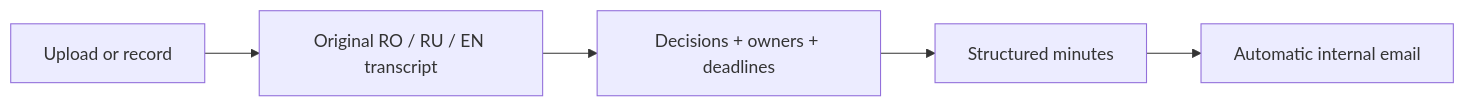
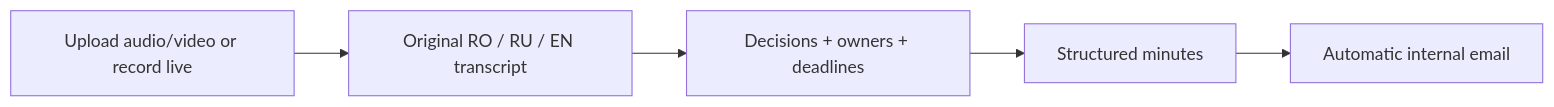
Before and after one commit to Horalix/gigahack_2026: the diagram in hackathon/README.md, drawn with Mermaid. The commit also changed other lines of this file and 7 other files, not shown here.

````diff
--- a/hackathon/README.md
+++ b/hackathon/README.md
@@ -22,7 +24,7 @@
 ```mermaid
 flowchart LR
-    A[Upload or record] --> B[Original RO / RU / EN transcript]
+    A[Upload audio/video or record live] --> B[Original RO / RU / EN transcript]
     B --> C[Decisions + owners + deadlines]
     C --> D[Structured minutes]
     D --> E[Automatic internal email]
 ```
````
